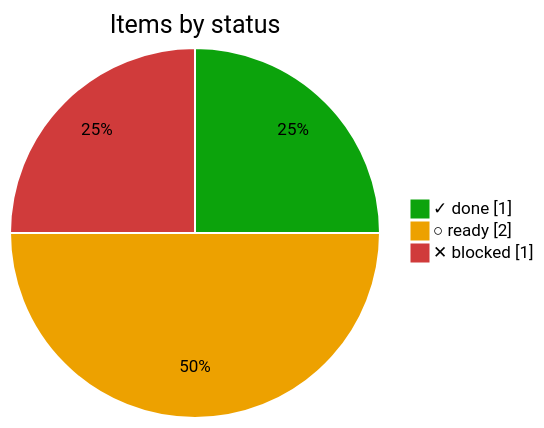
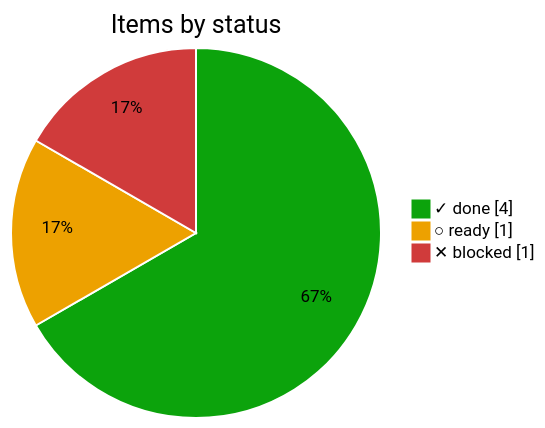
One commit to bvraghav/pmtrack changed the first of 3 diagrams in forges.md. Above: the diagram before and after it, drawn with Mermaid. The commit also changed other lines of this file and 4 other files, not shown here.

````diff
--- a/forges.md
+++ b/forges.md
@@ -7,7 +7,7 @@
 ```mermaid
 %%{init: {"themeVariables": {"pie1": "#0ca30c", "pie2": "#eda100", "pie3": "#d03b3b", "pieOpacity": "1", "pieSectionTextColor": "#000", "pieStrokeColor": "#fff", "pieStrokeWidth": "2px", "pieOuterStrokeWidth": "0px"}}}%%
 pie showData title Items by status
-  "✓ done" : 1
-  "○ ready" : 2
+  "✓ done" : 4
+  "○ ready" : 1
   "✕ blocked" : 1
 ```
````
